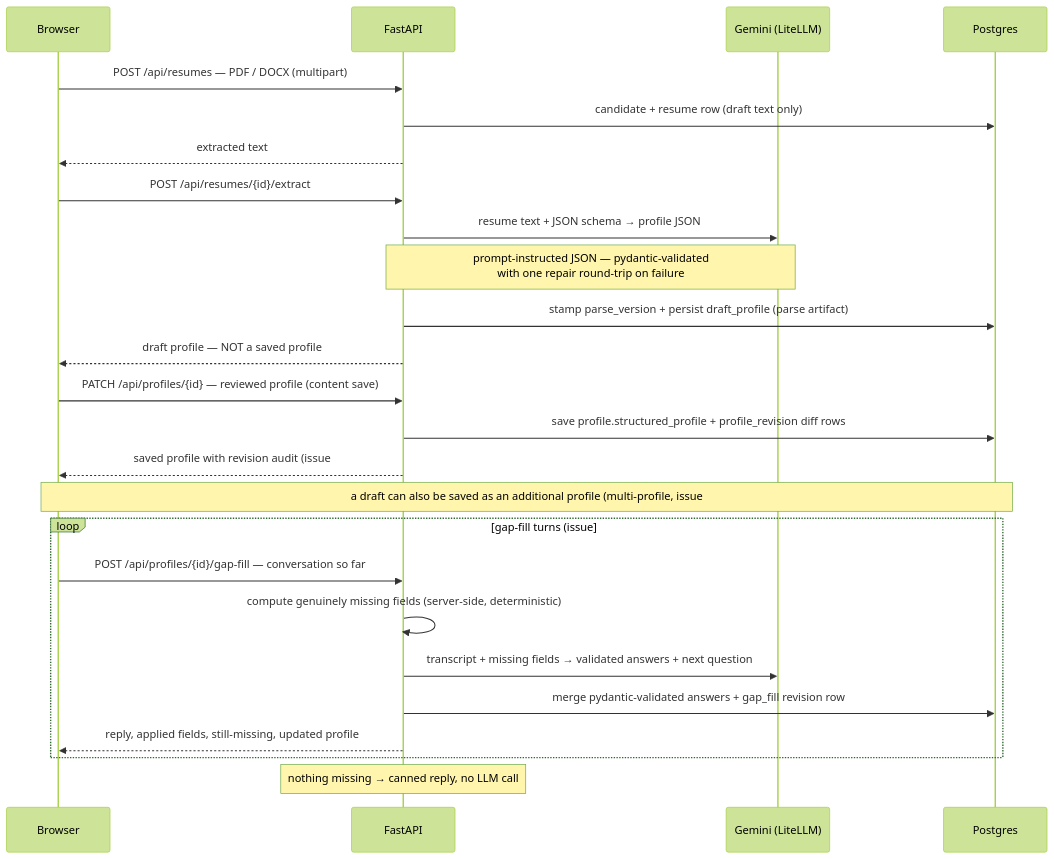
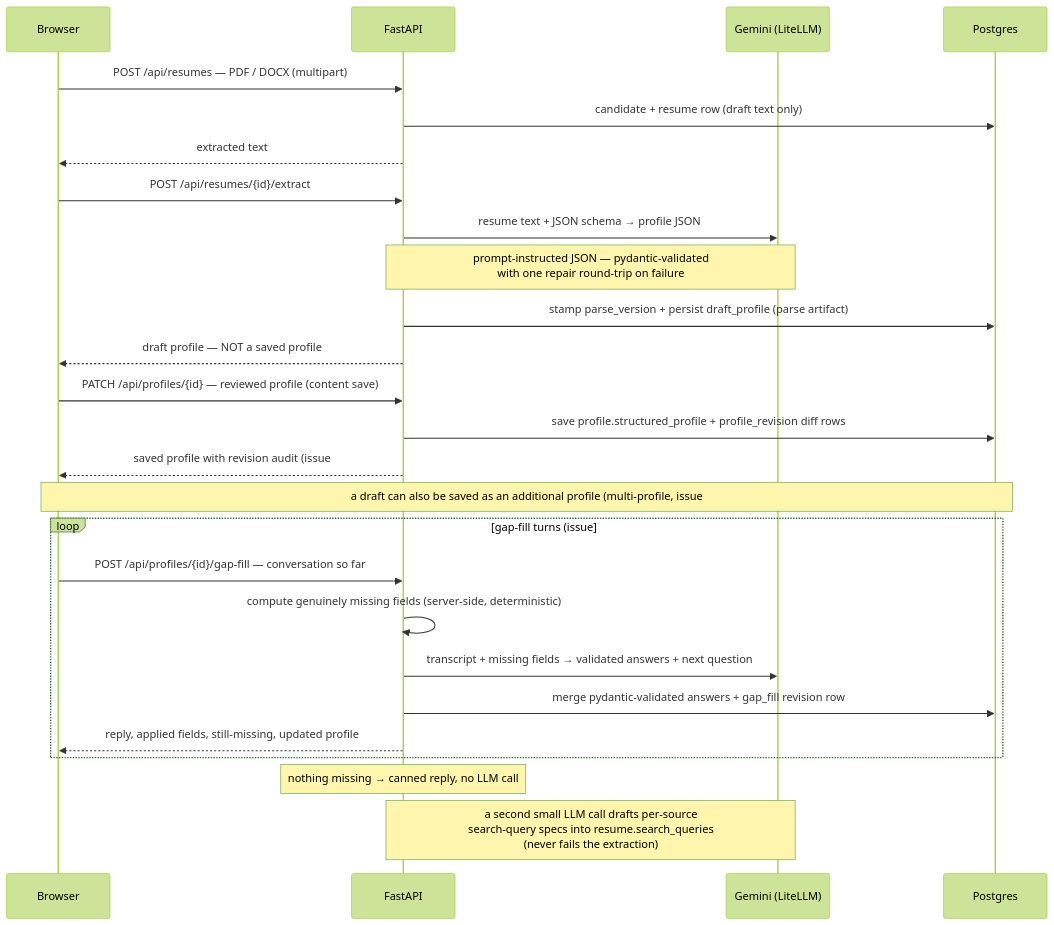
One commit to MSVhora/ai_job_assistant changed the second of 4 diagrams in docs/architecture.md. Above: the diagram before and after it, drawn with Mermaid (forest theme). The commit also changed other lines of this file and 41 other files, not shown here.

Commit message:
Add LLM-generated per-source search queries with regenerate and run results view

````diff
--- a/docs/architecture.md
+++ b/docs/architecture.md
@@ -57,28 +57,29 @@
 ```mermaid
 sequenceDiagram
     participant B as Browser
     participant A as FastAPI
     participant G as Gemini (LiteLLM)
     participant D as Postgres
 
     B->>A: POST /api/resumes — PDF / DOCX (multipart)
     A->>D: candidate + resume row (draft text only)
     A-->>B: extracted text
     B->>A: POST /api/resumes/{id}/extract
     A->>G: resume text + JSON schema → profile JSON
     Note over A,G: prompt-instructed JSON — pydantic-validated<br/>with one repair round-trip on failure
     A->>D: stamp parse_version + persist draft_profile (parse artifact)
     A-->>B: draft profile — NOT a saved profile
     B->>A: PATCH /api/profiles/{id} — reviewed profile (content save)
     A->>D: save profile.structured_profile + profile_revision diff rows
     A-->>B: saved profile with revision audit (issue #4)
     Note over B,D: a draft can also be saved as an additional profile (multi-profile, issue #6)
     loop gap-fill turns (issue #5)
         B->>A: POST /api/profiles/{id}/gap-fill — conversation so far
         A->>A: compute genuinely missing fields (server-side, deterministic)
         A->>G: transcript + missing fields → validated answers + next question
         A->>D: merge pydantic-validated answers + gap_fill revision row
         A-->>B: reply, applied fields, still-missing, updated profile
     end
     Note over A: nothing missing → canned reply, no LLM call
+    Note over A,G: a second small LLM call drafts per-source<br/>search-query specs into resume.search_queries<br/>(never fails the extraction)
 ```
````
